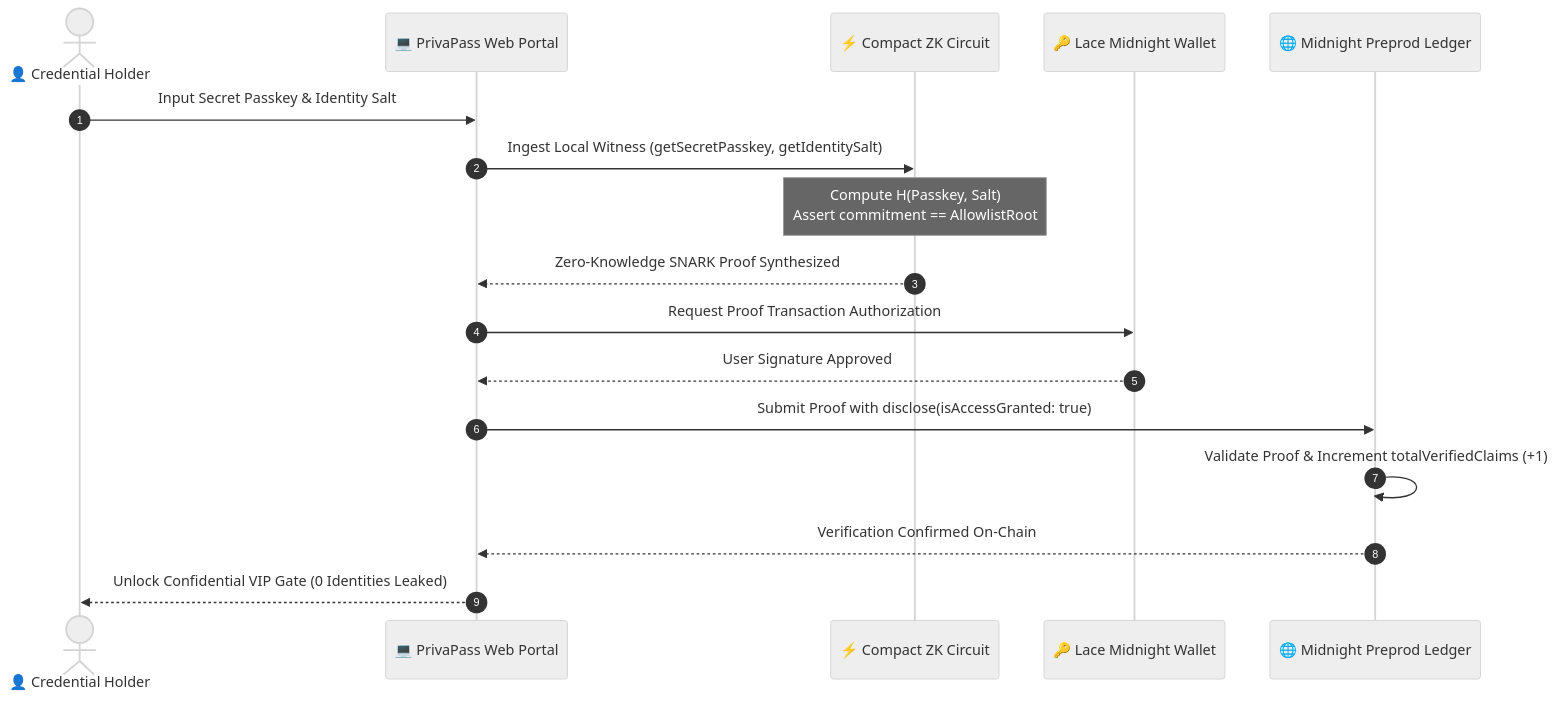
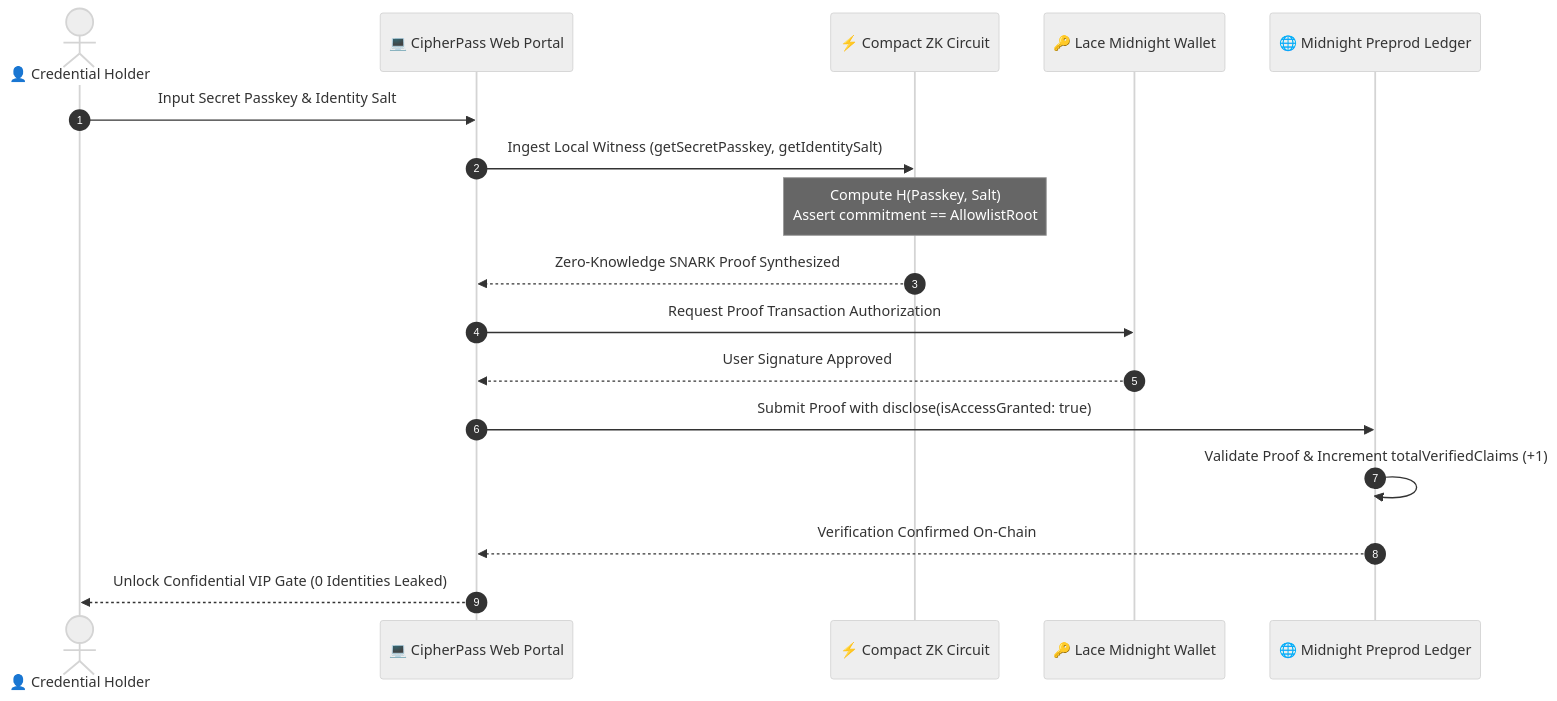
One commit to mausikta05/CipherPass changed the second of 2 diagrams in README.md. Above: the diagram before and after it, drawn with Mermaid (neutral theme). The commit also changed other lines of this file and 12 other files, not shown here.

Commit message:
feat(branding): rename project to CipherPass and update contract placeholder address

````diff
--- a/README.md
+++ b/README.md
@@ -104,20 +104,20 @@
 ```mermaid
 sequenceDiagram
     autonumber
     actor User as 👤 Credential Holder
-    participant UI as 💻 PrivaPass Web Portal
+    participant UI as 💻 CipherPass Web Portal
     participant Circuit as ⚡ Compact ZK Circuit
     participant Wallet as 🔑 Lace Midnight Wallet
     participant Preprod as 🌐 Midnight Preprod Ledger
 
     User->>UI: Input Secret Passkey & Identity Salt
     UI->>Circuit: Ingest Local Witness (getSecretPasskey, getIdentitySalt)
     Note over Circuit: Compute H(Passkey, Salt)<br/>Assert commitment == AllowlistRoot
     Circuit-->>UI: Zero-Knowledge SNARK Proof Synthesized
     UI->>Wallet: Request Proof Transaction Authorization
     Wallet-->>UI: User Signature Approved
     UI->>Preprod: Submit Proof with disclose(isAccessGranted: true)
     Preprod->>Preprod: Validate Proof & Increment totalVerifiedClaims (+1)
     Preprod-->>UI: Verification Confirmed On-Chain
     UI-->>User: Unlock Confidential VIP Gate (0 Identities Leaked)
 ```
````
